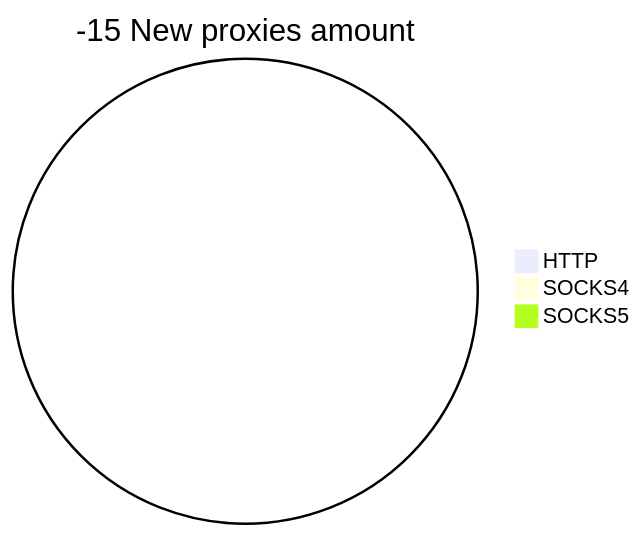
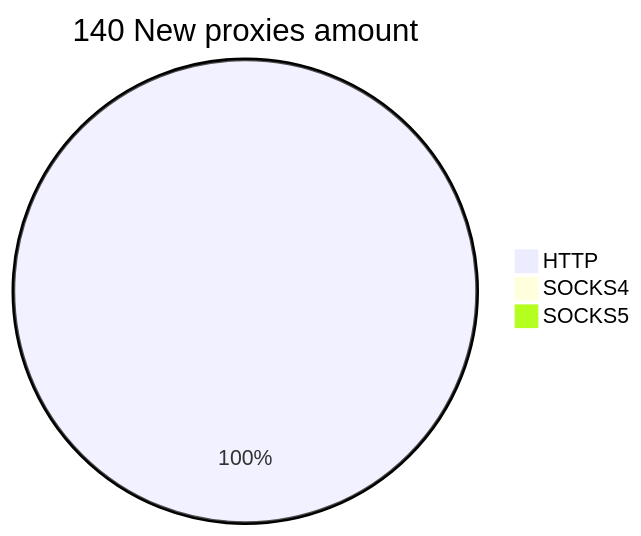
Before and after one commit to cutipu/proxylist: the second of 2 diagrams in README.md, drawn with Mermaid. The commit also changed other lines of this file, not shown here.

````diff
--- a/README.md
+++ b/README.md
@@ -10,6 +10,6 @@
 ```mermaid
-pie title -15 New proxies amount
-    "HTTP" : 0
+pie title 140 New proxies amount
+    "HTTP" : 140
     "SOCKS4" : 0
     "SOCKS5" : 0
 ```
````
